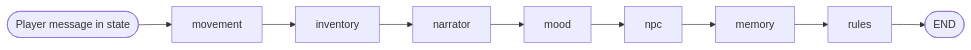
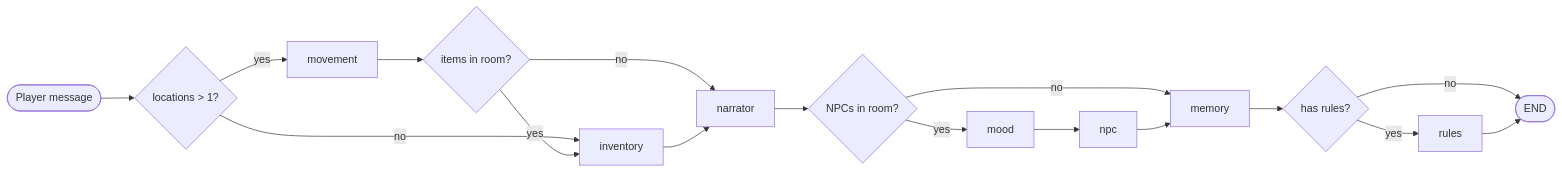
The first of 2 diagrams in documents/LANGGRAPH_PIPELINE.md (mcgowee/roleplay-langgraph), drawn with Mermaid before and after one commit. The commit also changed other lines of this file, not shown here.

First line of the commit message:
docs: update LANGGRAPH_PIPELINE with graph template system and creation guide

````diff
--- a/documents/LANGGRAPH_PIPELINE.md
+++ b/documents/LANGGRAPH_PIPELINE.md
@@ -31,11 +96,19 @@
 ```mermaid
 flowchart LR
-  START([Player message in state]) --> M[movement]
-  M --> I[inventory]
-  I --> N[narrator]
-  N --> MO[mood]
-  MO --> P[npc]
-  P --> MEM[memory]
-  MEM --> R[rules]
-  R --> END([END])
+  START([Player message]) --> ENTRY{locations > 1?}
+  ENTRY -->|yes| MOV[movement]
+  ENTRY -->|no| INV[inventory]
+  MOV --> MOVR{items in room?}
+  MOVR -->|yes| INV
+  MOVR -->|no| NAR[narrator]
+  INV --> NAR
+  NAR --> NARR{NPCs in room?}
+  NARR -->|yes| MOOD[mood]
+  NARR -->|no| MEM[memory]
+  MOOD --> NPC[npc]
+  NPC --> MEM
+  MEM --> MEMR{has rules?}
+  MEMR -->|yes| RULES[rules]
+  MEMR -->|no| DONE([END])
+  RULES --> DONE
 ```
````
